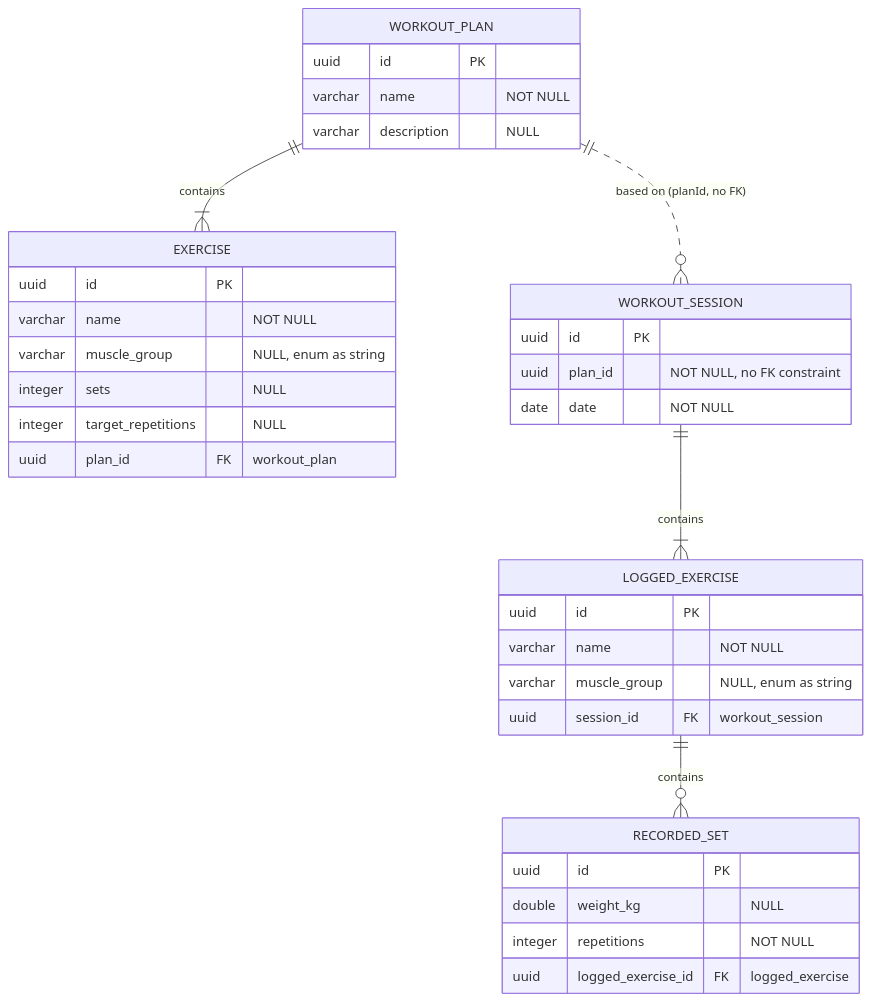
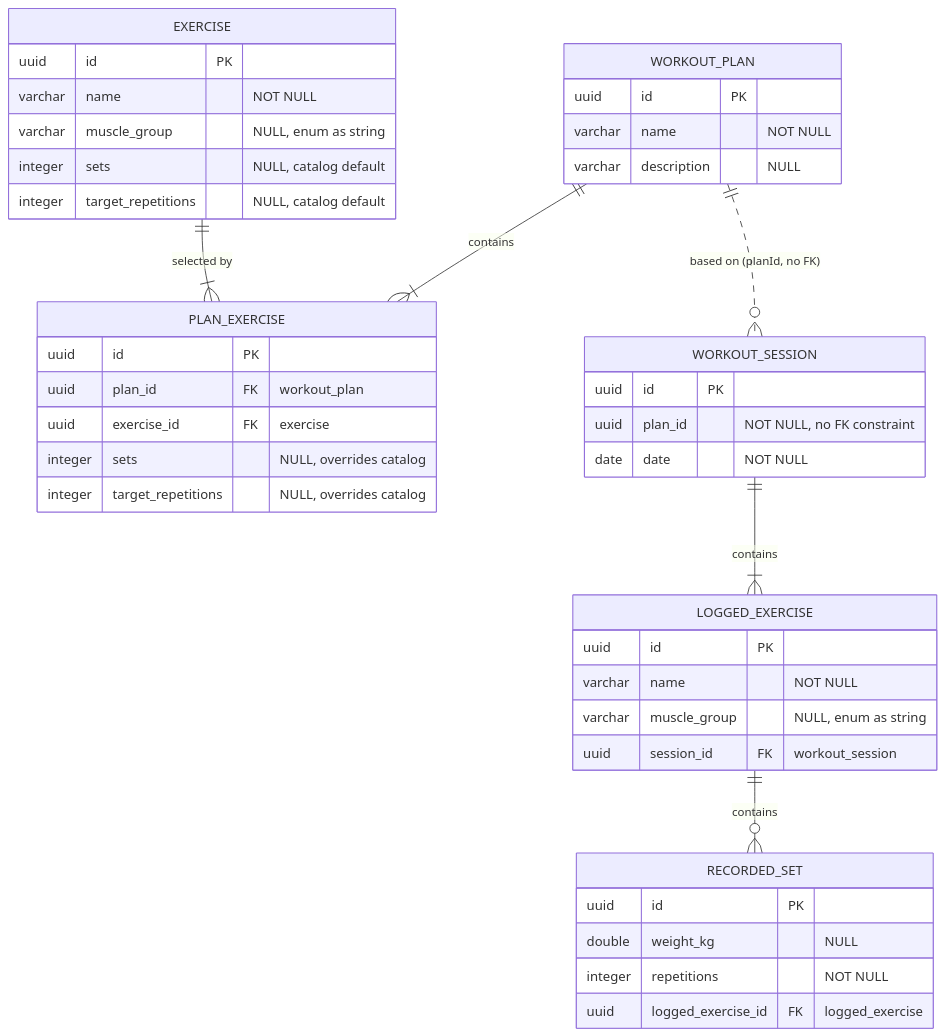
Before and after one commit to lindeff/fitness-planer: the diagram in docs/database.md, drawn with Mermaid. The commit also changed other lines of this file and 16 other files, not shown here.

Commit message:
add exercise catalog and workout plan features with API endpoints for retrieval and logging

````diff
--- a/docs/database.md
+++ b/docs/database.md
@@ -7,38 +7,45 @@
 ```mermaid
 erDiagram
-    WORKOUT_PLAN ||--|{ EXERCISE : contains
+    WORKOUT_PLAN ||--|{ PLAN_EXERCISE : contains
+    EXERCISE ||--|{ PLAN_EXERCISE : "selected by"
     WORKOUT_SESSION ||--|{ LOGGED_EXERCISE : contains
     LOGGED_EXERCISE ||--o{ RECORDED_SET : contains
     WORKOUT_PLAN ||..o{ WORKOUT_SESSION : "based on (planId, no FK)"
 
     WORKOUT_PLAN {
         uuid id PK
         varchar name "NOT NULL"
         varchar description "NULL"
     }
     EXERCISE {
         uuid id PK
         varchar name "NOT NULL"
         varchar muscle_group "NULL, enum as string"
-        integer sets "NULL"
-        integer target_repetitions "NULL"
+        integer sets "NULL, catalog default"
+        integer target_repetitions "NULL, catalog default"
+    }
+    PLAN_EXERCISE {
+        uuid id PK
         uuid plan_id FK "workout_plan"
+        uuid exercise_id FK "exercise"
+        integer sets "NULL, overrides catalog"
+        integer target_repetitions "NULL, overrides catalog"
     }
     WORKOUT_SESSION {
         uuid id PK
         uuid plan_id "NOT NULL, no FK constraint"
         date date "NOT NULL"
     }
     LOGGED_EXERCISE {
         uuid id PK
         varchar name "NOT NULL"
         varchar muscle_group "NULL, enum as string"
         uuid session_id FK "workout_session"
     }
     RECORDED_SET {
         uuid id PK
         double weight_kg "NULL"
         integer repetitions "NOT NULL"
         uuid logged_exercise_id FK "logged_exercise"
     }
 ```
````
